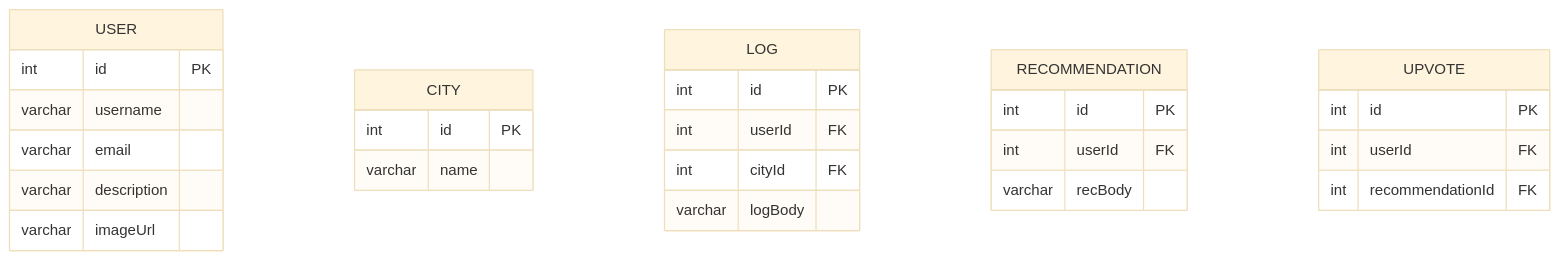
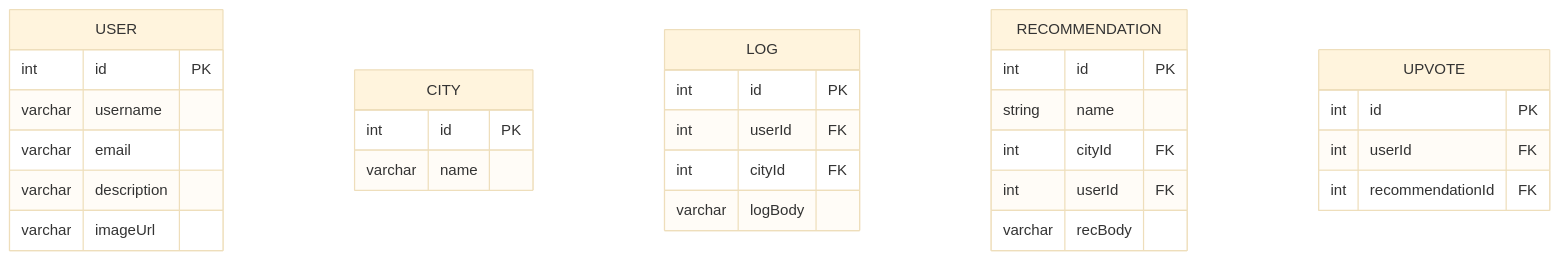
One commit to Evening-Cohort-32/Travel-Logger-API-api-tvrdna changed the diagram in ERD.md. Above: the diagram before and after it, drawn with Mermaid (base theme). The commit also changed 5 other files, not shown here.

Commit message:
Wrote model files, made adjustments to ERD.

````diff
--- a/ERD.md
+++ b/ERD.md
@@ -1,35 +1,37 @@
 ```mermaid
 erDiagram
 
 USER {
     int id PK
     varchar username
     varchar email
     varchar description
     varchar imageUrl
 }
 
 CITY {
     int id PK
     varchar name
 }
 
 LOG {
     int id PK
     int userId FK
     int cityId FK
     varchar logBody
 }
 
 RECOMMENDATION {
     int id PK
+    string name
+    int cityId FK
     int userId FK
     varchar recBody
 }
 
 UPVOTE {
     int id PK
     int userId FK
     int recommendationId FK
 }
 ```
````
